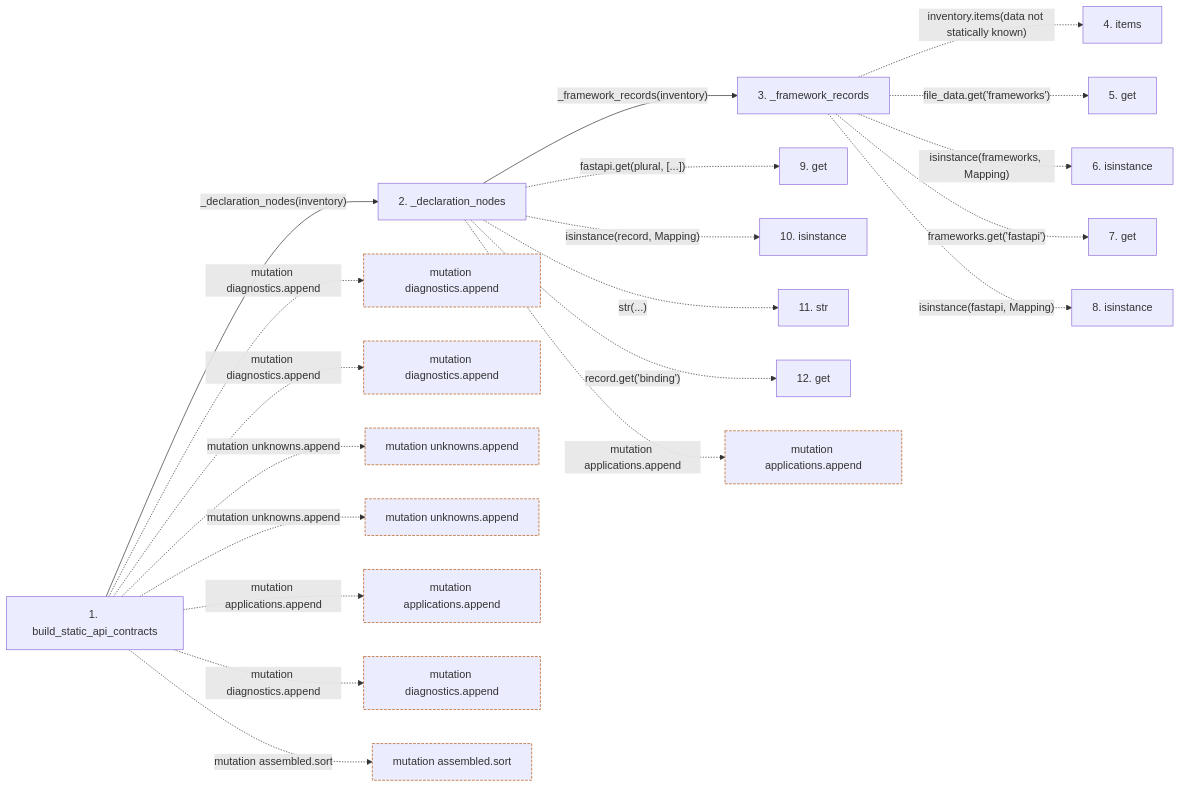
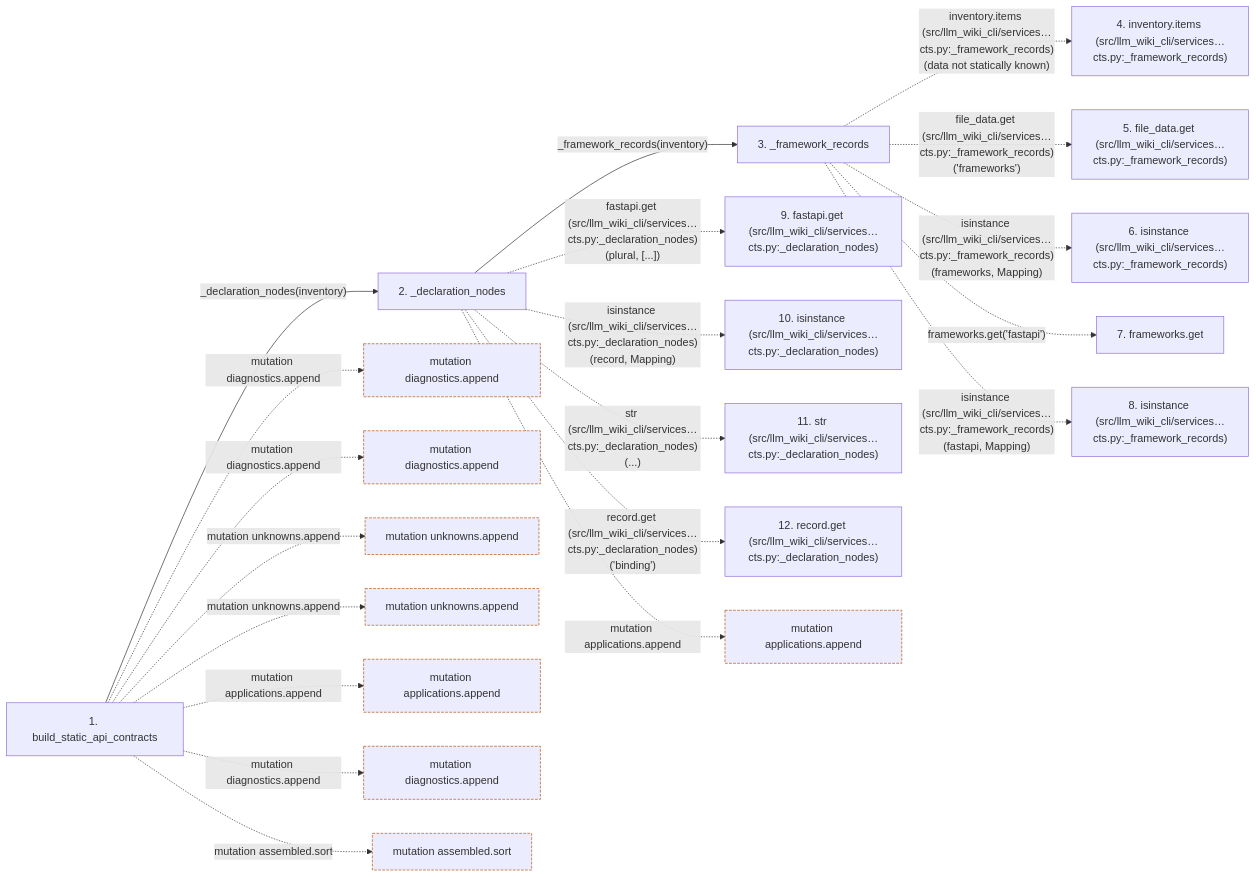
Before and after one commit to Denissvgn/python-wiki-llm: the second of 2 diagrams in docs/llm_wiki/flows/api-build_static_api_contracts.md, drawn with Mermaid. The commit also changed other lines of this file and 719 other files, not shown here.

````diff
--- a/docs/llm_wiki/flows/api-build_static_api_contracts.md
+++ b/docs/llm_wiki/flows/api-build_static_api_contracts.md
@@ -64,54 +70,54 @@
 ```mermaid
 flowchart LR
     s1["1. build_static_api_contracts"]
     s2["2. _declaration_nodes"]
     s3["3. _framework_records"]
-    s4["4. items"]
-    s5["5. get"]
-    s6["6. isinstance"]
-    s7["7. get"]
-    s8["8. isinstance"]
-    s9["9. get"]
-    s10["10. isinstance"]
-    s11["11. str"]
-    s12["12. get"]
+    s4["4. inventory.items (src/llm_wiki_cli/services…cts.py:_framework_records)"]
+    s5["5. file_data.get (src/llm_wiki_cli/services…cts.py:_framework_records)"]
+    s6["6. isinstance (src/llm_wiki_cli/services…cts.py:_framework_records)"]
+    s7["7. frameworks.get"]
+    s8["8. isinstance (src/llm_wiki_cli/services…cts.py:_framework_records)"]
+    s9["9. fastapi.get (src/llm_wiki_cli/services…cts.py:_declaration_nodes)"]
+    s10["10. isinstance (src/llm_wiki_cli/services…cts.py:_declaration_nodes)"]
+    s11["11. str (src/llm_wiki_cli/services…cts.py:_declaration_nodes)"]
+    s12["12. record.get (src/llm_wiki_cli/services…cts.py:_declaration_nodes)"]
     s1 -->|"_declaration_nodes(inventory)"| s2
     s2 -->|"_framework_records(inventory)"| s3
-    s3 -. "inventory.items(data not statically known)" .-> s4
-    s3 -. "file_data.get('frameworks')" .-> s5
-    s3 -. "isinstance(frameworks, Mapping)" .-> s6
+    s3 -. "inventory.items (src/llm_wiki_cli/services…cts.py:_framework_records)(data not statically known)" .-> s4
+    s3 -. "file_data.get (src/llm_wiki_cli/services…cts.py:_framework_records)('frameworks')" .-> s5
+    s3 -. "isinstance (src/llm_wiki_cli/services…cts.py:_framework_records)(frameworks, Mapping)" .-> s6
     s3 -. "frameworks.get('fastapi')" .-> s7
-    s3 -. "isinstance(fastapi, Mapping)" .-> s8
-    s2 -. "fastapi.get(plural, [...])" .-> s9
-    s2 -. "isinstance(record, Mapping)" .-> s10
-    s2 -. "str(...)" .-> s11
-    s2 -. "record.get('binding')" .-> s12
+    s3 -. "isinstance (src/llm_wiki_cli/services…cts.py:_framework_records)(fastapi, Mapping)" .-> s8
+    s2 -. "fastapi.get (src/llm_wiki_cli/services…cts.py:_declaration_nodes)(plural, [...])" .-> s9
+    s2 -. "isinstance (src/llm_wiki_cli/services…cts.py:_declaration_nodes)(record, Mapping)" .-> s10
+    s2 -. "str (src/llm_wiki_cli/services…cts.py:_declaration_nodes)(...)" .-> s11
+    s2 -. "record.get (src/llm_wiki_cli/services…cts.py:_declaration_nodes)('binding')" .-> s12
     b0["mutation diagnostics.append"]
     s1 -. "mutation diagnostics.append" .-> b0
     b1["mutation diagnostics.append"]
     s1 -. "mutation diagnostics.append" .-> b1
     b2["mutation unknowns.append"]
     s1 -. "mutation unknowns.append" .-> b2
     b3["mutation unknowns.append"]
     s1 -. "mutation unknowns.append" .-> b3
     b4["mutation applications.append"]
     s1 -. "mutation applications.append" .-> b4
     b5["mutation diagnostics.append"]
     s1 -. "mutation diagnostics.append" .-> b5
     b6["mutation assembled.sort"]
     s1 -. "mutation assembled.sort" .-> b6
     b7["mutation applications.append"]
     s2 -. "mutation applications.append" .-> b7
     click s1 "../modules/api_contracts.md"
     click s2 "../modules/api_contracts.md"
     click s3 "../modules/api_contracts.md"
     classDef boundary stroke:#b45309,stroke-dasharray: 4 2
     class b0 boundary
     class b1 boundary
     class b2 boundary
     class b3 boundary
     class b4 boundary
     class b5 boundary
     class b6 boundary
     class b7 boundary
 ```
````
